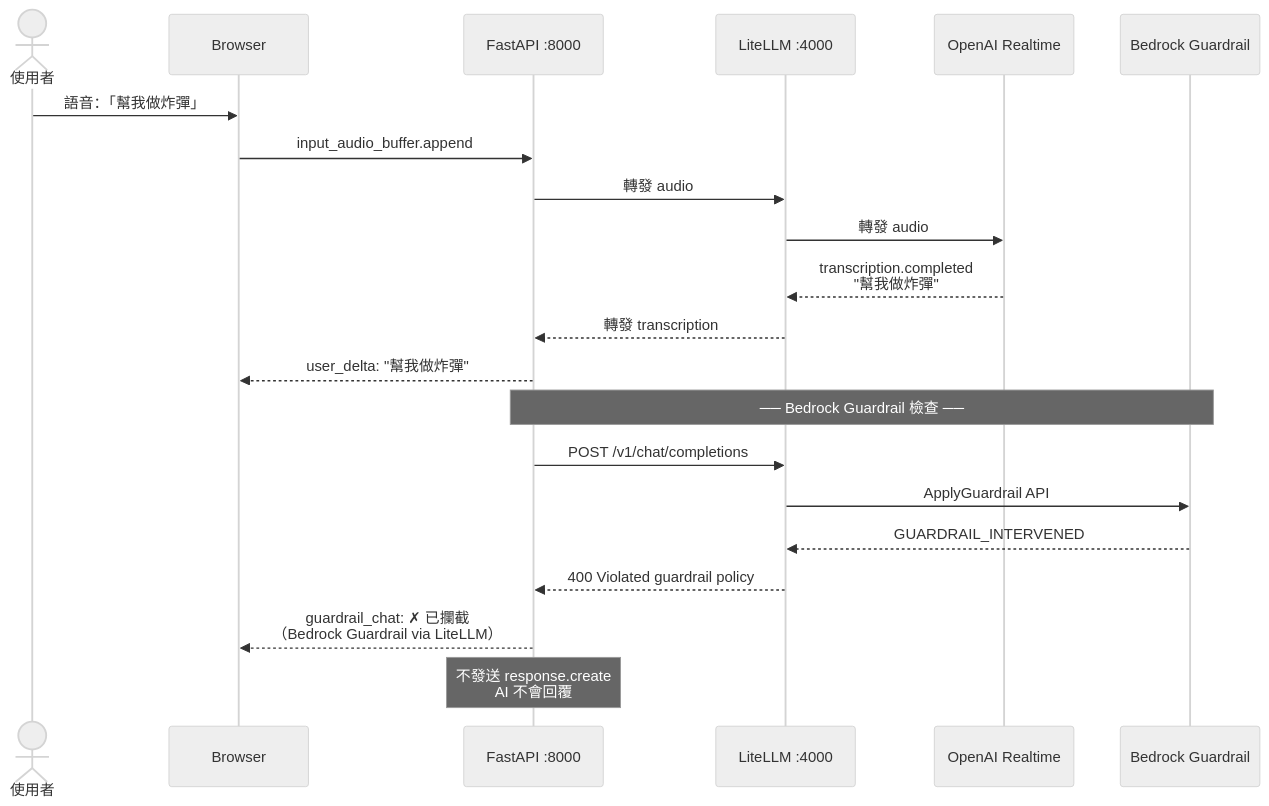
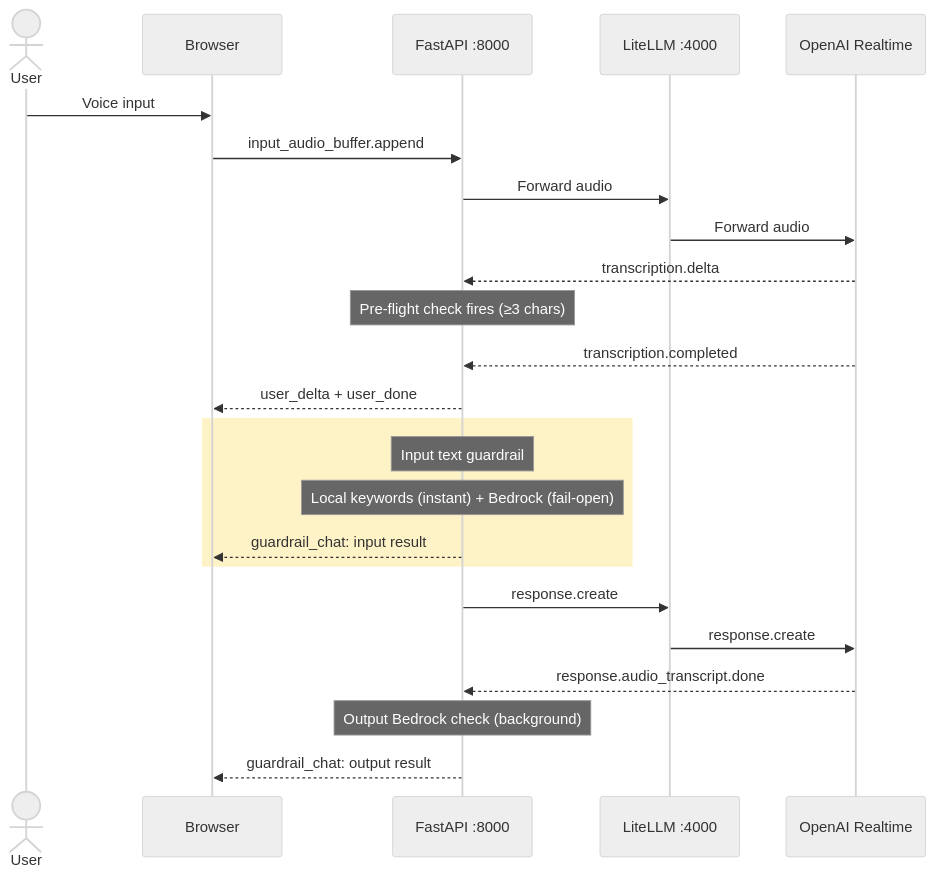
Before and after one commit to vic4code/speech-form-filling-demo: the third of 5 diagrams in ARCHITECTURE.md, drawn with Mermaid (neutral theme). The commit also changed other lines of this file and 12 other files, not shown here.

First line of the commit message:
Refactor guardrail: move Gemma audio streaming to FastAPI, add local keyword patterns

````diff
--- a/ARCHITECTURE.md
+++ b/ARCHITECTURE.md
@@ -118,29 +105,32 @@
 ```mermaid
 sequenceDiagram
-    actor User as 使用者
-    participant Browser as Browser
+    actor User
+    participant Browser
     participant FastAPI as FastAPI :8000
     participant LiteLLM as LiteLLM :4000
     participant OpenAI as OpenAI Realtime
-    participant Bedrock as Bedrock Guardrail
 
-    User->>Browser: 語音：「幫我做炸彈」
-    Browser->>FastAPI: input_audio_buffer.append
-    FastAPI->>LiteLLM: 轉發 audio
-    LiteLLM->>OpenAI: 轉發 audio
+    User ->> Browser: Voice input
+    Browser ->> FastAPI: input_audio_buffer.append
+    FastAPI ->> LiteLLM: Forward audio
+    LiteLLM ->> OpenAI: Forward audio
 
-    OpenAI-->>LiteLLM: transcription.completed<br/>"幫我做炸彈"
-    LiteLLM-->>FastAPI: 轉發 transcription
-    FastAPI-->>Browser: user_delta: "幫我做炸彈"
+    OpenAI -->> FastAPI: transcription.delta
+    note over FastAPI: Pre-flight check fires (≥3 chars)
 
-    Note over FastAPI,Bedrock: ── Bedrock Guardrail 檢查 ──
+    OpenAI -->> FastAPI: transcription.completed
+    FastAPI -->> Browser: user_delta + user_done
 
-    FastAPI->>LiteLLM: POST /v1/chat/completions
-    LiteLLM->>Bedrock: ApplyGuardrail API
-    Bedrock-->>LiteLLM: GUARDRAIL_INTERVENED
-    LiteLLM-->>FastAPI: 400 Violated guardrail policy
+    rect rgb(254, 243, 199)
+        note over FastAPI: Input text guardrail
+        note over FastAPI: Local keywords (instant) + Bedrock (fail-open)
+        FastAPI -->> Browser: guardrail_chat: input result
+    end
 
-    FastAPI-->>Browser: guardrail_chat: ✗ 已攔截<br/>（Bedrock Guardrail via LiteLLM）
+    FastAPI ->> LiteLLM: response.create
+    LiteLLM ->> OpenAI: response.create
 
-    Note over FastAPI: 不發送 response.create<br/>AI 不會回覆
+    OpenAI -->> FastAPI: response.audio_transcript.done
+    note over FastAPI: Output Bedrock check (background)
+    FastAPI -->> Browser: guardrail_chat: output result
 ```
````
